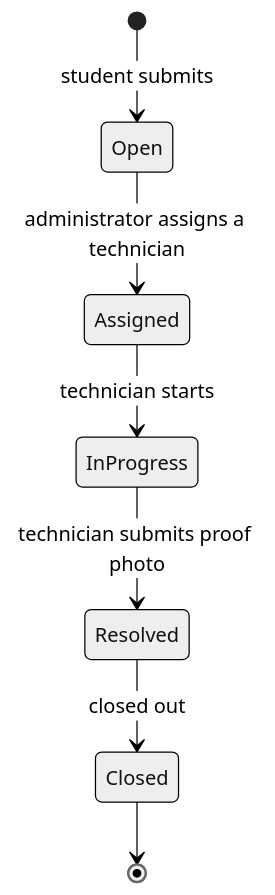
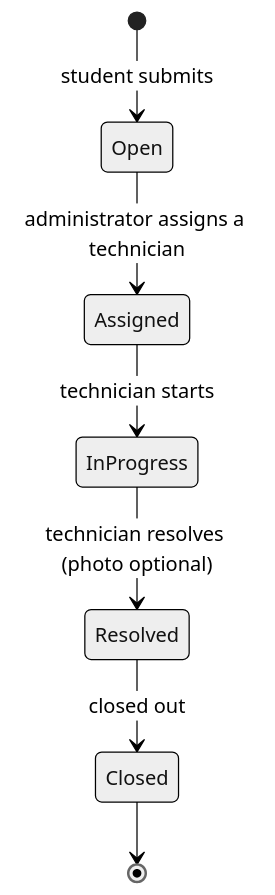
The third of 4 diagrams in docs/ARCHITECTURE.md (Check77tp/FINAL_YEAR_PROJECT_SAMSON), drawn with Mermaid (neutral theme) before and after one commit. The commit also changed other lines of this file and 5 other files, not shown here.

First line of the commit message:
Technician proof photo is now optional (switchable to mandatory)

````diff
--- a/docs/ARCHITECTURE.md
+++ b/docs/ARCHITECTURE.md
@@ -191,9 +191,9 @@
 ```mermaid
 stateDiagram-v2
   [*] --> Open: student submits
   Open --> Assigned: administrator assigns a technician
   Assigned --> InProgress: technician starts
-  InProgress --> Resolved: technician submits proof photo
+  InProgress --> Resolved: technician resolves (photo optional)
   Resolved --> Closed: closed out
   Closed --> [*]
 ```
````
